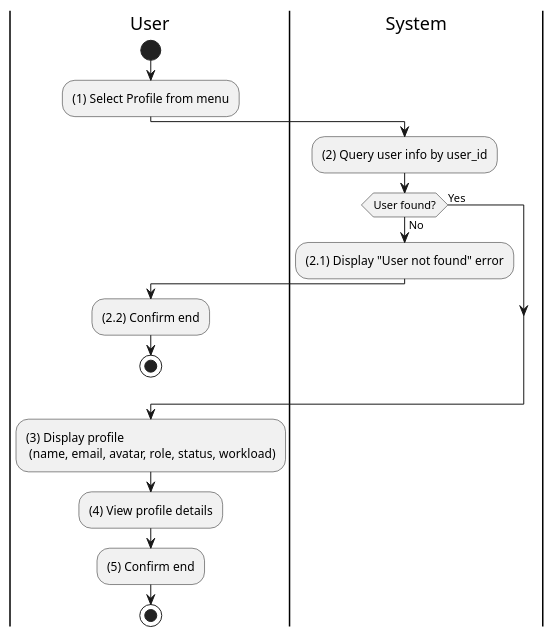
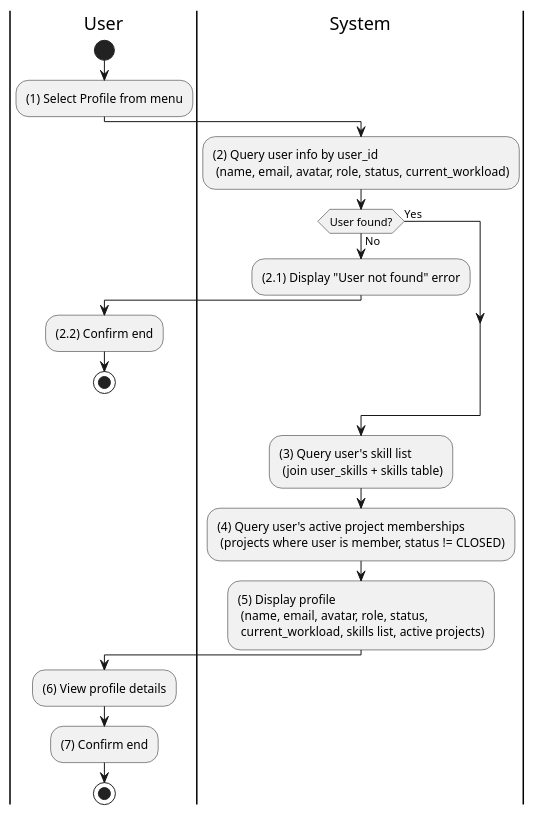
One commit to taskpilot-platform/taskpilot-platform.github.io changed the diagram in docs/docs/activity/user-profile/view-user-profile.md. Above: the diagram before and after it, drawn with PlantUML. The commit also changed 14 other files, not shown here.

First line of the commit message:
feat(activity): expand batch 2 activity diagrams to ~40-50 lines

````diff
--- a/docs/docs/activity/user-profile/view-user-profile.md
+++ b/docs/docs/activity/user-profile/view-user-profile.md
@@ -3,29 +3,32 @@
 ```plantuml
 @startuml
 |U|User
 |S|System
 
 |U|
 start
 :(1) Select Profile from menu;
 
 |S|
-:(2) Query user info by user_id;
+:(2) Query user info by user_id \n (name, email, avatar, role, status, current_workload);
 
 if (User found?) then (No)
   :(2.1) Display "User not found" error;
   |U|
   :(2.2) Confirm end;
   stop
 else (Yes)
 endif
 
-:(3) Display profile \n (name, email, avatar, role, status, workload);
+|S|
+:(3) Query user's skill list \n (join user_skills + skills table);
+:(4) Query user's active project memberships \n (projects where user is member, status != CLOSED);
+:(5) Display profile \n (name, email, avatar, role, status, \n current_workload, skills list, active projects);
 
 |U|
-:(4) View profile details;
-:(5) Confirm end;
+:(6) View profile details;
+:(7) Confirm end;
 
 stop
 @enduml
 ```
````
